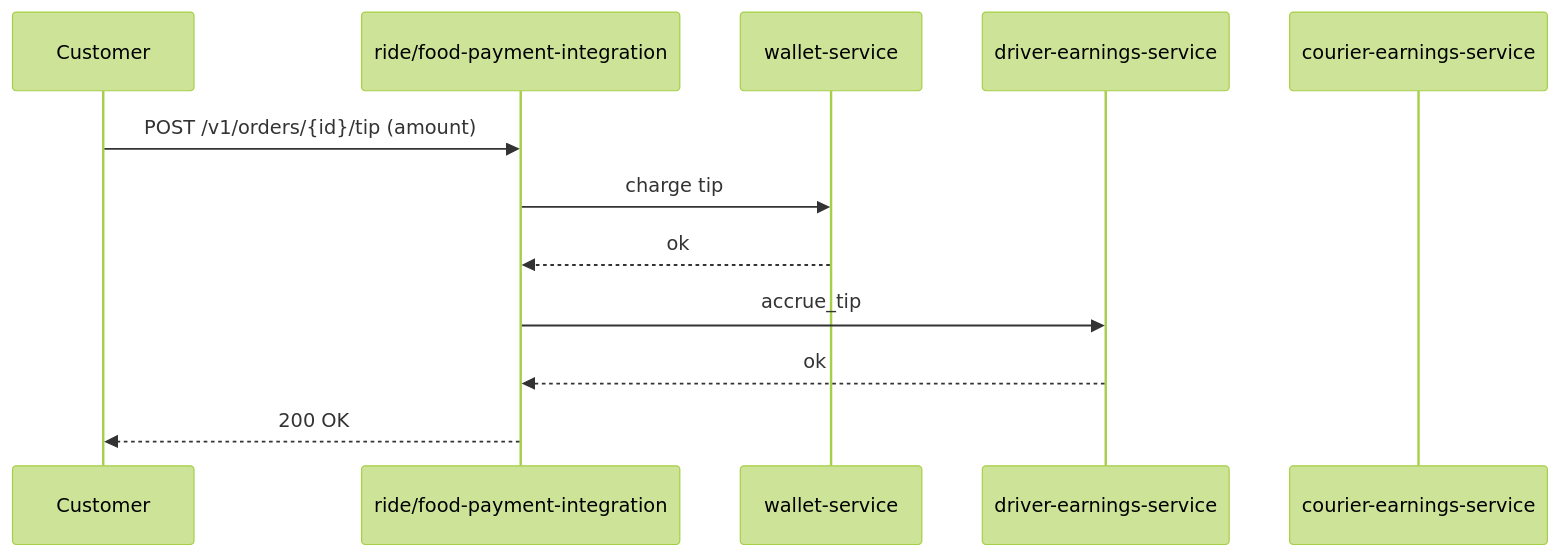
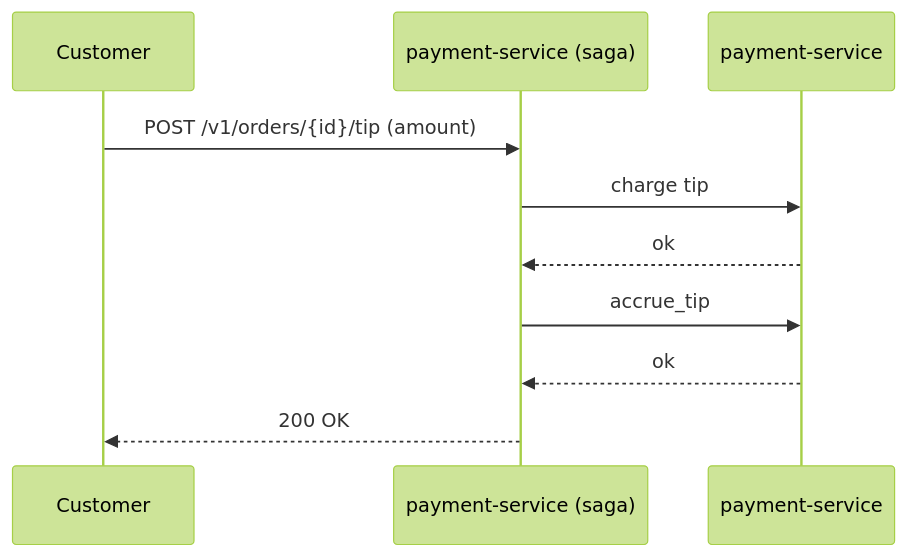
One commit to mohamedhabibwork/trips-enjoy-docs changed the sixth of 9 diagrams in docs/workflows/PAYMENT_WORKFLOWS.md. Above: the diagram before and after it, drawn with Mermaid (forest theme). The commit also changed other lines of this file and 525 other files, not shown here.

````diff
--- a/docs/workflows/PAYMENT_WORKFLOWS.md
+++ b/docs/workflows/PAYMENT_WORKFLOWS.md
@@ -153,15 +150,13 @@
 ```mermaid
 sequenceDiagram
     participant C as Customer
-    participant ORCH as ride/food-payment-integration
-    participant WLT as wallet-service
-    participant DE as driver-earnings-service
-    participant CE as courier-earnings-service
+    participant SAGA as payment-service (saga)
+    participant PAY as payment-service
 
-    C->>ORCH: POST /v1/orders/{id}/tip (amount)
-    ORCH->>WLT: charge tip
-    WLT-->>ORCH: ok
-    ORCH->>DE: accrue_tip
-    DE-->>ORCH: ok
-    ORCH-->>C: 200 OK
+    C->>SAGA: POST /v1/orders/{id}/tip (amount)
+    SAGA->>PAY: charge tip
+    PAY-->>SAGA: ok
+    SAGA->>PAY: accrue_tip
+    PAY-->>SAGA: ok
+    SAGA-->>C: 200 OK
 ```
````
